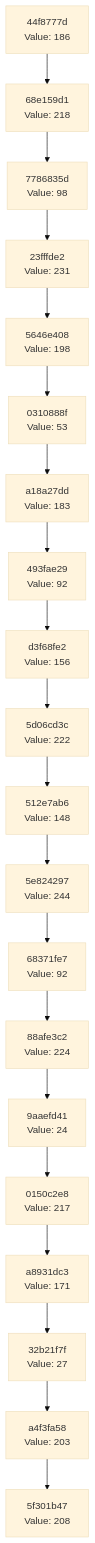
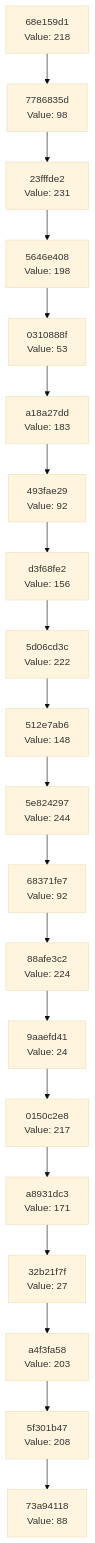
Before and after one commit to Abhisheksinha1506/hash-chain-evolver: the diagram in docs/CHAIN_VISUALIZATION.md, drawn with Mermaid (base theme). The commit also changed 2 other files, not shown here.

Commit message:
Evolution Step

````diff
--- a/docs/CHAIN_VISUALIZATION.md
+++ b/docs/CHAIN_VISUALIZATION.md
@@ -3,42 +3,42 @@
 ```mermaid
 graph TD
-    C0["5f301b47<br/>Value: 208"]
-    C1["a4f3fa58<br/>Value: 203"]
+    C0["73a94118<br/>Value: 88"]
+    C1["5f301b47<br/>Value: 208"]
     C1 --> C0
-    C2["32b21f7f<br/>Value: 27"]
+    C2["a4f3fa58<br/>Value: 203"]
     C2 --> C1
-    C3["a8931dc3<br/>Value: 171"]
+    C3["32b21f7f<br/>Value: 27"]
     C3 --> C2
-    C4["0150c2e8<br/>Value: 217"]
+    C4["a8931dc3<br/>Value: 171"]
     C4 --> C3
-    C5["9aaefd41<br/>Value: 24"]
+    C5["0150c2e8<br/>Value: 217"]
     C5 --> C4
-    C6["88afe3c2<br/>Value: 224"]
+    C6["9aaefd41<br/>Value: 24"]
     C6 --> C5
-    C7["68371fe7<br/>Value: 92"]
+    C7["88afe3c2<br/>Value: 224"]
     C7 --> C6
-    C8["5e824297<br/>Value: 244"]
+    C8["68371fe7<br/>Value: 92"]
     C8 --> C7
-    C9["512e7ab6<br/>Value: 148"]
+    C9["5e824297<br/>Value: 244"]
     C9 --> C8
-    C10["5d06cd3c<br/>Value: 222"]
+    C10["512e7ab6<br/>Value: 148"]
     C10 --> C9
-    C11["d3f68fe2<br/>Value: 156"]
+    C11["5d06cd3c<br/>Value: 222"]
     C11 --> C10
-    C12["493fae29<br/>Value: 92"]
+    C12["d3f68fe2<br/>Value: 156"]
     C12 --> C11
-    C13["a18a27dd<br/>Value: 183"]
+    C13["493fae29<br/>Value: 92"]
     C13 --> C12
-    C14["0310888f<br/>Value: 53"]
+    C14["a18a27dd<br/>Value: 183"]
     C14 --> C13
-    C15["5646e408<br/>Value: 198"]
+    C15["0310888f<br/>Value: 53"]
     C15 --> C14
-    C16["23fffde2<br/>Value: 231"]
+    C16["5646e408<br/>Value: 198"]
     C16 --> C15
-    C17["7786835d<br/>Value: 98"]
+    C17["23fffde2<br/>Value: 231"]
     C17 --> C16
-    C18["68e159d1<br/>Value: 218"]
+    C18["7786835d<br/>Value: 98"]
     C18 --> C17
-    C19["44f8777d<br/>Value: 186"]
+    C19["68e159d1<br/>Value: 218"]
     C19 --> C18
 ```
````
